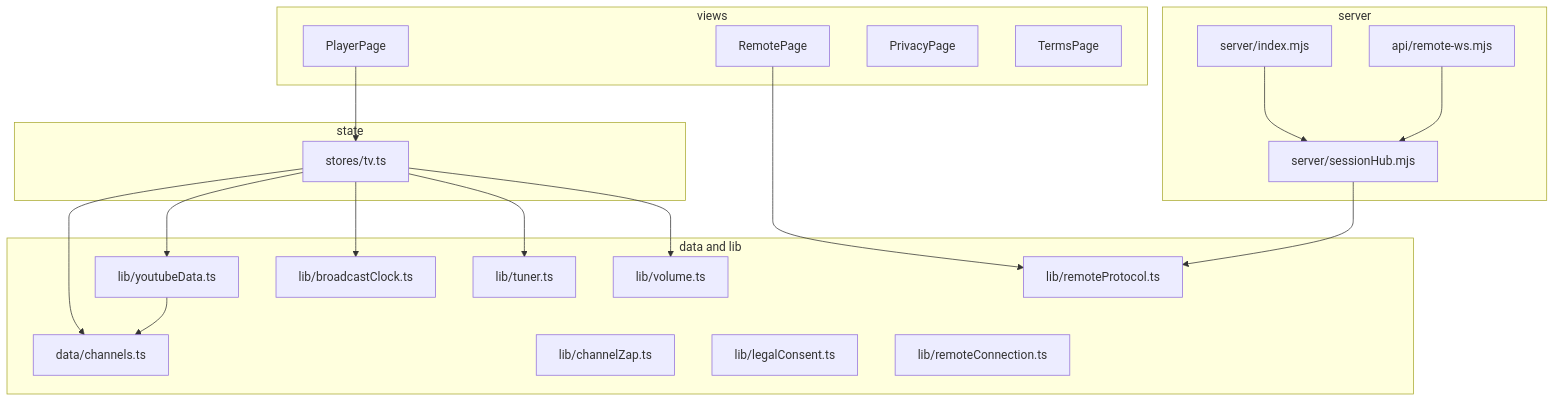
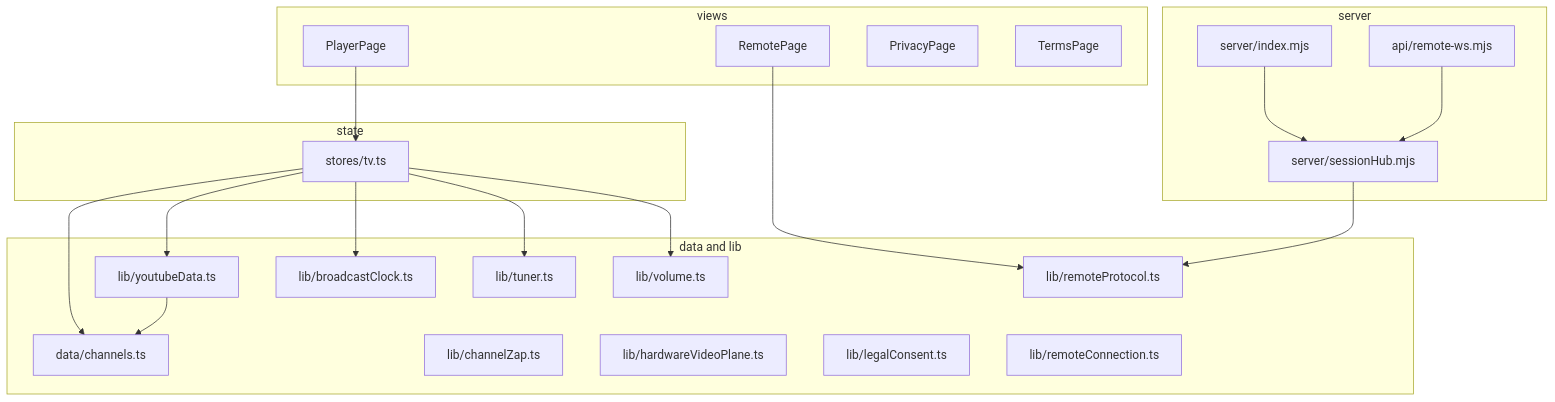
The eighth of 8 diagrams in docs/architecture.md (tusharv/positive-player), drawn with Mermaid before and after one commit. The commit also changed other lines of this file and 15 other files, not shown here.

````diff
--- a/docs/architecture.md
+++ b/docs/architecture.md
@@ -249,43 +249,44 @@
 ```mermaid
 flowchart TB
   subgraph pages [views]
     PlayerPage
     RemotePage
     PrivacyPage
     TermsPage
   end
 
   subgraph state [state]
     tv[stores/tv.ts]
   end
 
   subgraph data [data and lib]
     channels[data/channels.ts]
     yt[lib/youtubeData.ts]
     clock[lib/broadcastClock.ts]
     tuner[lib/tuner.ts]
     volume[lib/volume.ts]
     zap[lib/channelZap.ts]
+    plane[lib/hardwareVideoPlane.ts]
     consent[lib/legalConsent.ts]
     proto[lib/remoteProtocol.ts]
     conn[lib/remoteConnection.ts]
   end
 
   subgraph server [server]
     hub[server/sessionHub.mjs]
     node[server/index.mjs]
     api[api/remote-ws.mjs]
   end
 
   PlayerPage --> tv
   RemotePage --> proto
   tv --> channels
   tv --> yt
   tv --> clock
   tv --> tuner
   tv --> volume
   yt --> channels
   hub --> proto
   api --> hub
   node --> hub
 ```
````
